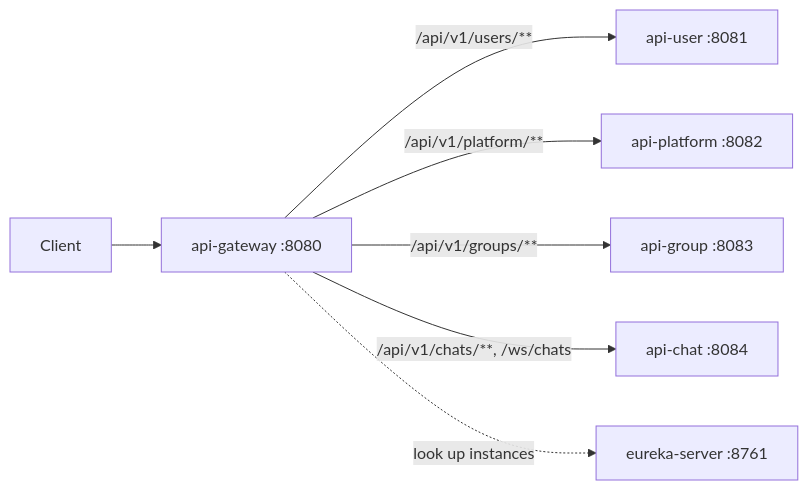
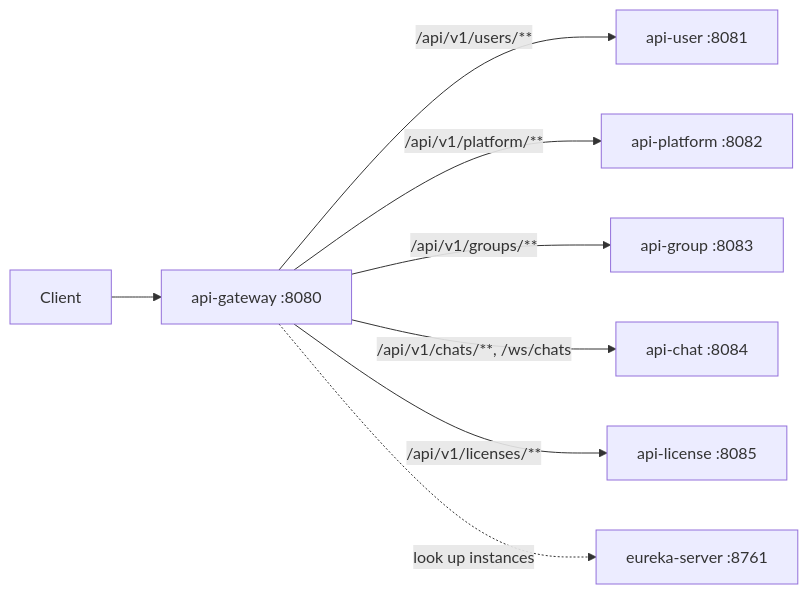
The diagram in api-gateway/docs/README.md (dragos-galeteanu/trip-huddle-backend), drawn with Mermaid before and after one commit. The commit also changed other lines of this file and 76 other files, not shown here.

````diff
--- a/api-gateway/docs/README.md
+++ b/api-gateway/docs/README.md
@@ -21,9 +23,10 @@
 ```mermaid
 flowchart LR
     C[Client] --> GW[api-gateway :8080]
     GW -->|/api/v1/users/**| U[api-user :8081]
     GW -->|/api/v1/platform/**| P[api-platform :8082]
     GW -->|/api/v1/groups/**| G[api-group :8083]
     GW -->|/api/v1/chats/**, /ws/chats| CH[api-chat :8084]
+    GW -->|/api/v1/licenses/**| L[api-license :8085]
     GW -.->|look up instances| E[eureka-server :8761]
 ```
````
